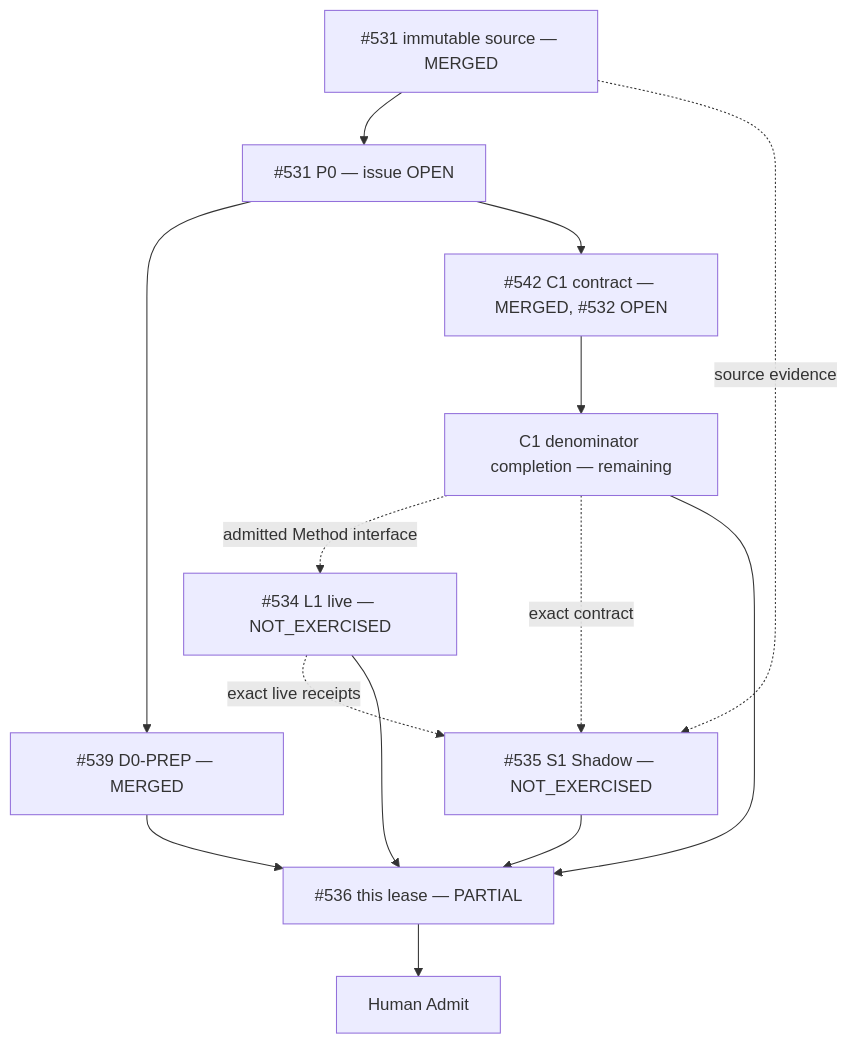
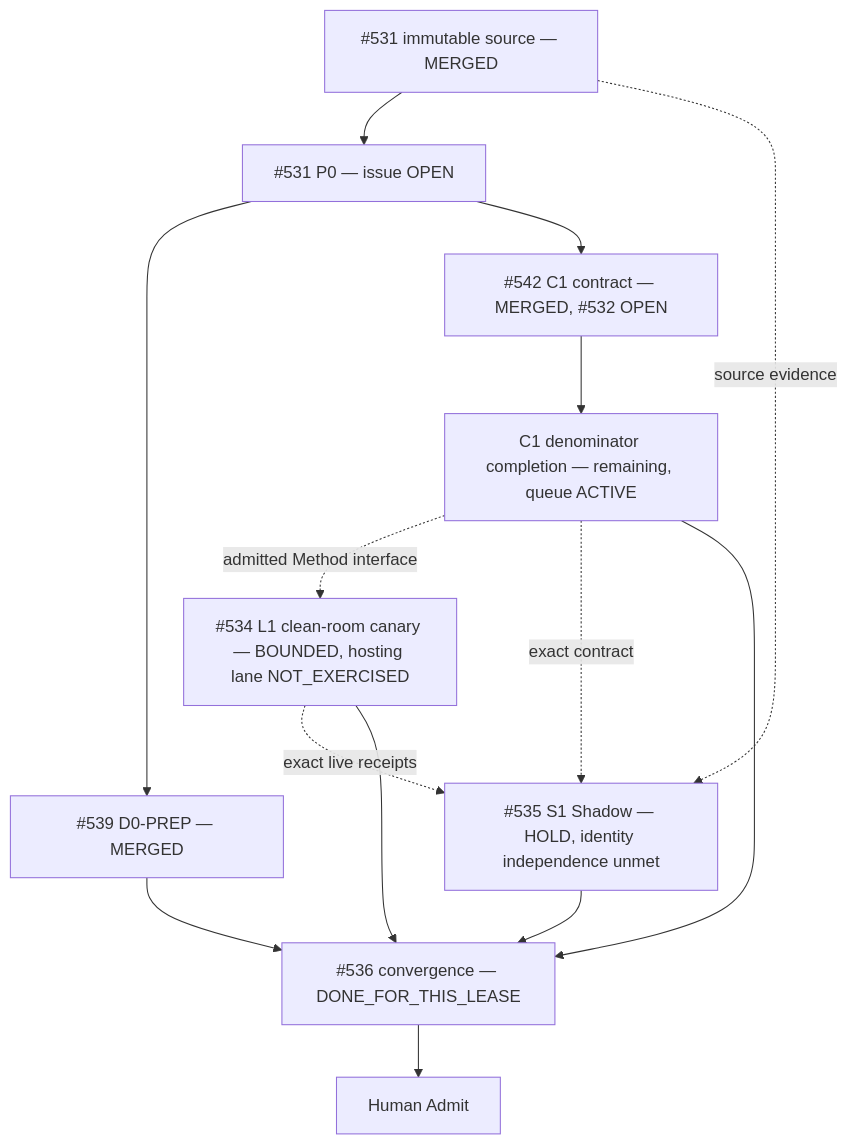
The diagram in skills/git-town-stacked-pr-worker/molecular-indexes/git-at-any-scale/README.md (ed3c/skills-shared), drawn with Mermaid before and after one commit. The commit also changed other lines of this file and 67 other files, not shown here.

````diff
--- a/skills/git-town-stacked-pr-worker/molecular-indexes/git-at-any-scale/README.md
+++ b/skills/git-town-stacked-pr-worker/molecular-indexes/git-at-any-scale/README.md
@@ -39,26 +43,26 @@
 ```mermaid
 flowchart TD
     SRC[#531 immutable source — MERGED]
     P0[#531 P0 — issue OPEN]
     D0[#539 D0-PREP — MERGED]
     C1[#542 C1 contract — MERGED, #532 OPEN]
-    CC[C1 denominator completion — remaining]
-    L1[#534 L1 live — NOT_EXERCISED]
-    S1[#535 S1 Shadow — NOT_EXERCISED]
-    D1[#536 this lease — PARTIAL]
+    CC[C1 denominator completion — remaining, queue ACTIVE]
+    L1[#534 L1 clean-room canary — BOUNDED, hosting lane NOT_EXERCISED]
+    S1[#535 S1 Shadow — HOLD, identity independence unmet]
+    D1[#536 convergence — DONE_FOR_THIS_LEASE]
     H[Human Admit]
 
     SRC --> P0
     P0 --> D0
     P0 --> C1
     C1 --> CC
     CC -. admitted Method interface .-> L1
     SRC -. source evidence .-> S1
     CC -. exact contract .-> S1
     L1 -. exact live receipts .-> S1
     D0 --> D1
     CC --> D1
     L1 --> D1
     S1 --> D1
     D1 --> H
 ```
````
